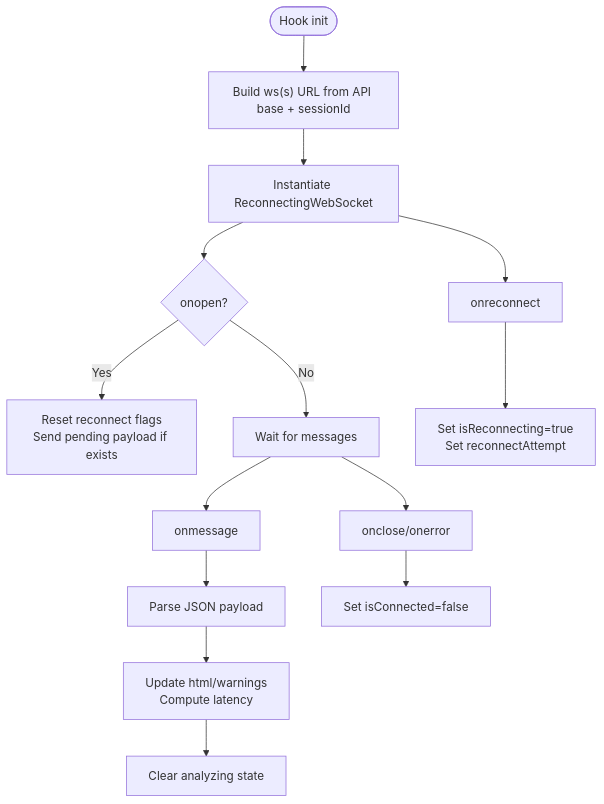
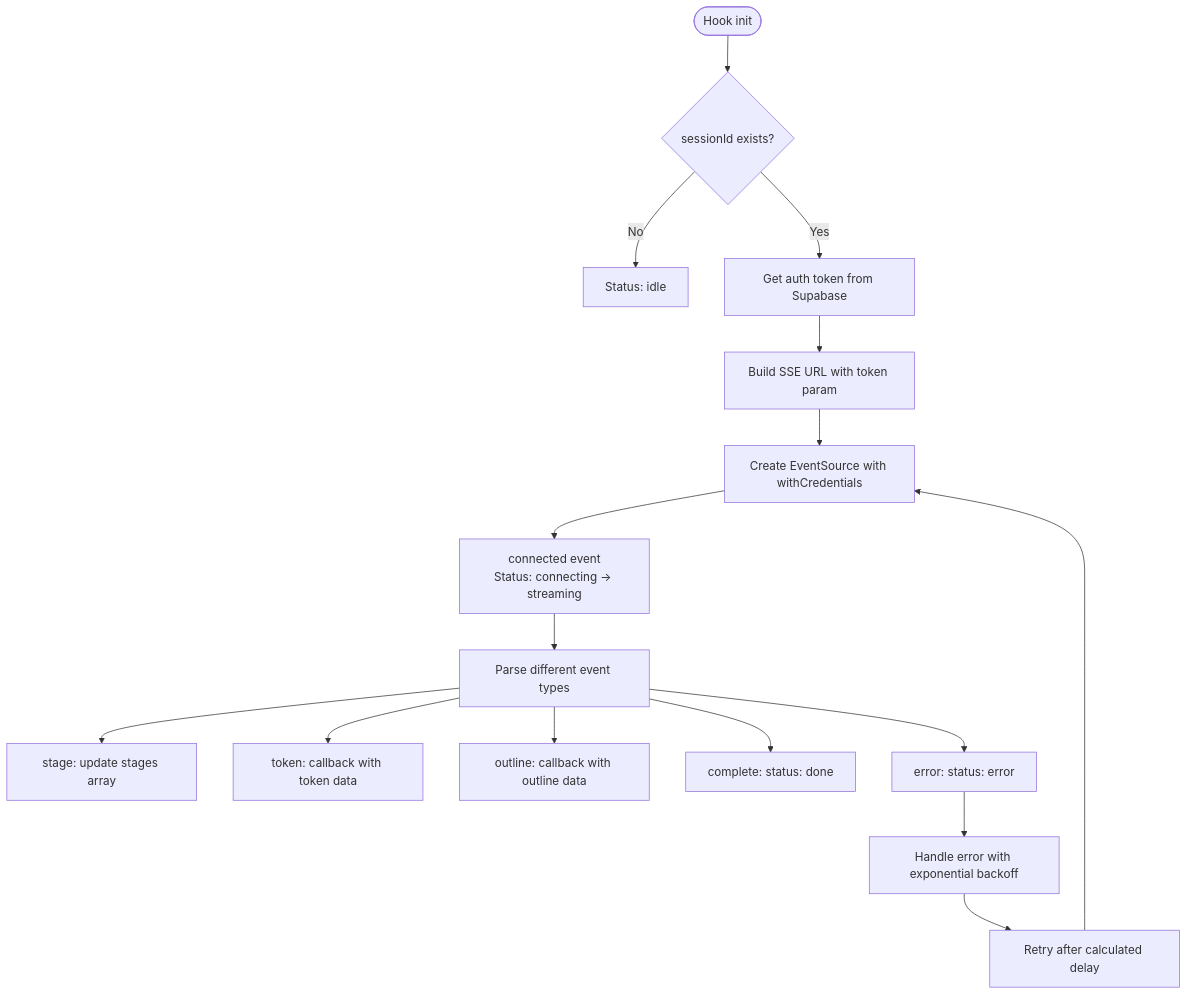
Before and after one commit to rohitkumarnaidu/-Auto-AI-Automated-Academic-Docx-Manuscript-Formatter: the fourth of 6 diagrams in .qoder/repowiki/en/content/Frontend Development/Real-time Features/WebSocket Implementation.md, drawn with Mermaid. The commit also changed other lines of this file and 160 other files, not shown here.

````diff
--- a/.qoder/repowiki/en/content/Frontend Development/Real-time Features/WebSocket Implementation.md
+++ b/.qoder/repowiki/en/content/Frontend Development/Real-time Features/WebSocket Implementation.md
@@ -205,16 +266,18 @@
 ```mermaid
 flowchart TD
-Start(["Hook init"]) --> BuildURL["Build ws(s) URL from API base + sessionId"]
-BuildURL --> NewRWS["Instantiate ReconnectingWebSocket"]
-NewRWS --> OnOpen{"onopen?"}
-OnOpen --> |Yes| ResetState["Reset reconnect flags<br/>Send pending payload if exists"]
-OnOpen --> |No| WaitMsg["Wait for messages"]
-WaitMsg --> OnMsg["onmessage"]
-OnMsg --> Parse["Parse JSON payload"]
-Parse --> UpdateUI["Update html/warnings<br/>Compute latency"]
-UpdateUI --> ClearAnalyzing["Clear analyzing state"]
-WaitMsg --> OnClose["onclose/onerror"]
-OnClose --> SetDisconnected["Set isConnected=false"]
-NewRWS --> OnReconnect["onreconnect"]
-OnReconnect --> SetReconnecting["Set isReconnecting=true<br/>Set reconnectAttempt"]
+Start(["Hook init"]) --> CheckSession{"sessionId exists?"}
+CheckSession --> |No| Idle["Status: idle"]
+CheckSession --> |Yes| GetToken["Get auth token from Supabase"]
+GetToken --> BuildURL["Build SSE URL with token param"]
+BuildURL --> CreateES["Create EventSource with withCredentials"]
+CreateES --> Connected["connected event<br/>Status: connecting -> streaming"]
+Connected --> ParseEvents["Parse different event types"]
+ParseEvents --> Stage["stage: update stages array"]
+ParseEvents --> Token["token: callback with token data"]
+ParseEvents --> Outline["outline: callback with outline data"]
+ParseEvents --> Complete["complete: status: done"]
+ParseEvents --> Error["error: status: error"]
+Error --> HandleError["Handle error with exponential backoff"]
+HandleError --> Retry["Retry after calculated delay"]
+Retry --> CreateES
 ```
````
